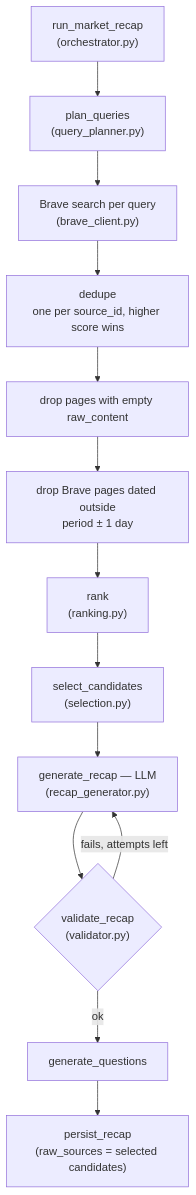
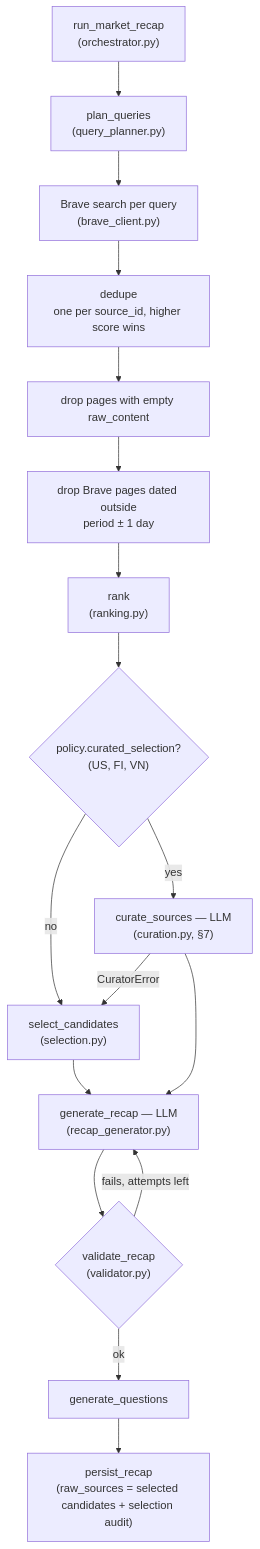
One commit to vinhlee95/stonkie_backend changed the first of 4 diagrams in docs/market_recap_source_selection.md. Above: the diagram before and after it, drawn with Mermaid. The commit also changed other lines of this file and 11 other files, not shown here.

First line of the commit message:
feat(market-recap): LLM curator picks recap sources (US, FI, VN)

````diff
--- a/docs/market_recap_source_selection.md
+++ b/docs/market_recap_source_selection.md
@@ -8,15 +9,19 @@
 ```mermaid
 flowchart TD
     A["run_market_recap<br/>(orchestrator.py)"] --> B["plan_queries<br/>(query_planner.py)"]
     B --> C["Brave search per query<br/>(brave_client.py)"]
     C --> D["dedupe<br/>one per source_id, higher score wins"]
     D --> E["drop pages with empty raw_content"]
     E --> F["drop Brave pages dated outside<br/>period ± 1 day"]
     F --> G["rank<br/>(ranking.py)"]
-    G --> H["select_candidates<br/>(selection.py)"]
+    G --> Q{"policy.curated_selection?<br/>(US, FI, VN)"}
+    Q -- no --> H["select_candidates<br/>(selection.py)"]
+    Q -- yes --> CU["curate_sources — LLM<br/>(curation.py, §7)"]
+    CU -- "CuratorError" --> H
+    CU --> I
     H --> I["generate_recap — LLM<br/>(recap_generator.py)"]
     I --> J{"validate_recap<br/>(validator.py)"}
     J -- "fails, attempts left" --> I
     J -- ok --> K["generate_questions"]
-    K --> L["persist_recap<br/>(raw_sources = selected candidates)"]
+    K --> L["persist_recap<br/>(raw_sources = selected candidates + selection audit)"]
 ```
````
